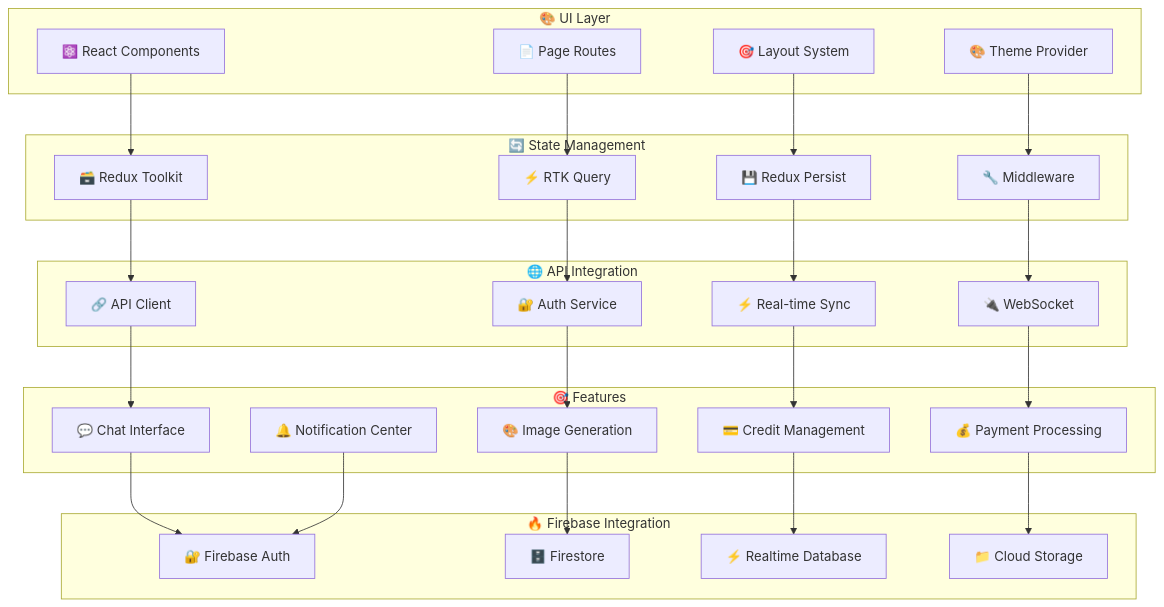
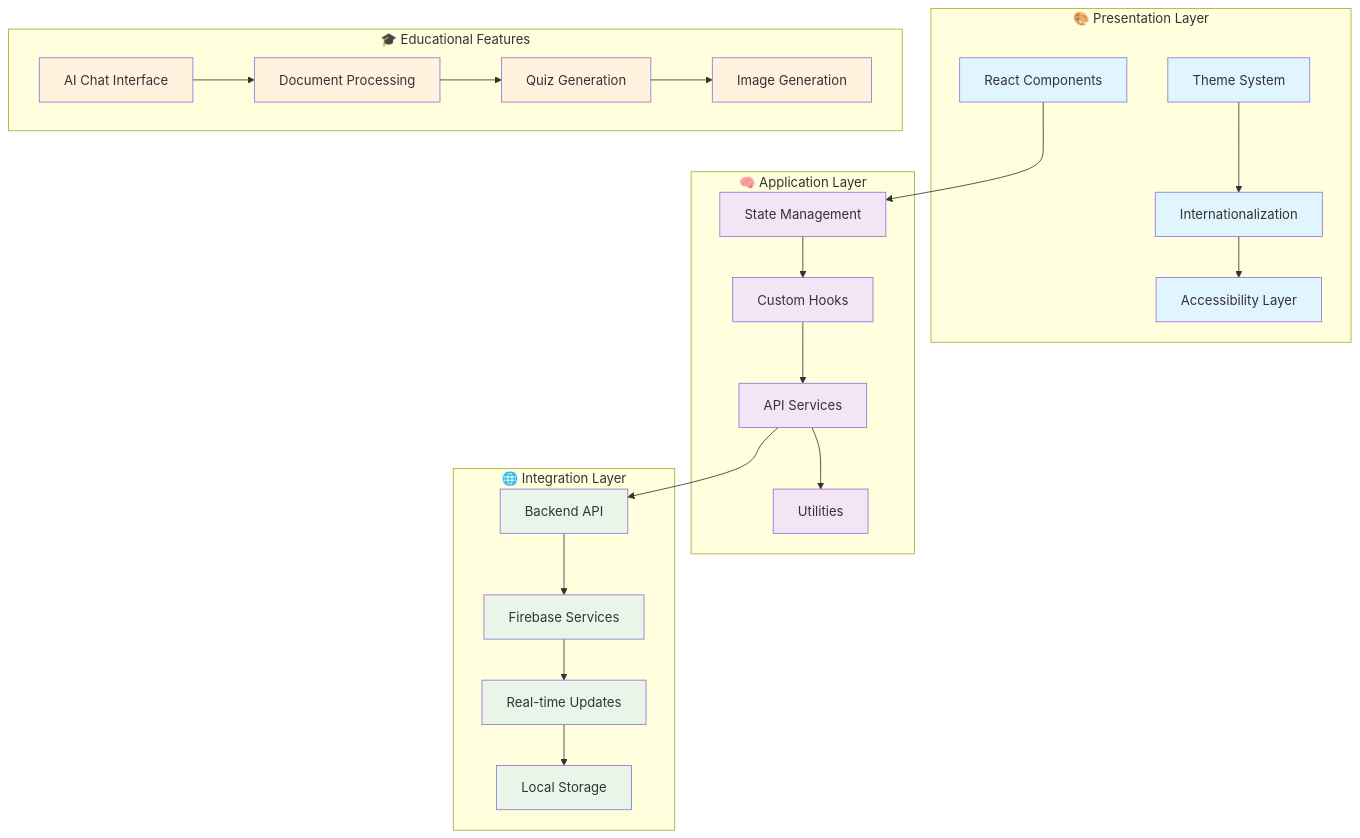
The second of 7 diagrams in README.md (mhassan72/EDA-Front-End), drawn with Mermaid before and after one commit. The commit also changed other lines of this file and 27 other files, not shown here.

````diff
--- a/README.md
+++ b/README.md
@@ -72,59 +92,57 @@
 ```mermaid
 graph TB
-    subgraph "🎨 UI Layer"
-        COMP[⚛️ React Components]
-        PAGES[📄 Page Routes]
-        LAYOUT[🎯 Layout System]
-        THEME[🎨 Theme Provider]
+    subgraph "🎨 Presentation Layer"
+        UI[React Components]
+        THEME[Theme System]
+        I18N[Internationalization]
+        A11Y[Accessibility Layer]
     end
     
-    subgraph "🔄 State Management"
-        REDUX[🗃️ Redux Toolkit]
-        RTK[⚡ RTK Query]
-        PERSIST[💾 Redux Persist]
-        MIDDLEWARE[🔧 Middleware]
+    subgraph "🧠 Application Layer"
+        STATE[State Management]
+        HOOKS[Custom Hooks]
+        SERVICES[API Services]
+        UTILS[Utilities]
     end
     
-    subgraph "🌐 API Integration"
-        API[🔗 API Client]
-        AUTH[🔐 Auth Service]
-        REALTIME[⚡ Real-time Sync]
-        WEBSOCKET[🔌 WebSocket]
+    subgraph "🌐 Integration Layer"
+        API[Backend API]
+        FIREBASE[Firebase Services]
+        REALTIME[Real-time Updates]
+        STORAGE[Local Storage]
     end
     
-    subgraph "🎯 Features"
-        CHAT[💬 Chat Interface]
-        IMAGE[🎨 Image Generation]
-        CREDITS[💳 Credit Management]
-        PAYMENTS[💰 Payment Processing]
-        NOTIFICATIONS[🔔 Notification Center]
+    subgraph "🎓 Educational Features"
+        CHAT[AI Chat Interface]
+        DOCS[Document Processing]
+        QUIZ[Quiz Generation]
+        IMAGES[Image Generation]
     end
     
-    subgraph "🔥 Firebase Integration"
-        FIREBASE_AUTH[🔐 Firebase Auth]
-        FIRESTORE[🗄️ Firestore]
-        RTDB[⚡ Realtime Database]
-        STORAGE[📁 Cloud Storage]
-    end
+    UI --> STATE
+    THEME --> I18N
+    I18N --> A11Y
     
-    COMP --> REDUX
-    PAGES --> RTK
-    LAYOUT --> PERSIST
-    THEME --> MIDDLEWARE
+    STATE --> HOOKS
+    HOOKS --> SERVICES
+    SERVICES --> UTILS
     
-    REDUX --> API
-    RTK --> AUTH
-    PERSIST --> REALTIME
-    MIDDLEWARE --> WEBSOCKET
+    SERVICES --> API
+    API --> FIREBASE
+    FIREBASE --> REALTIME
+    REALTIME --> STORAGE
     
-    API --> CHAT
-    AUTH --> IMAGE
-    REALTIME --> CREDITS
-    WEBSOCKET --> PAYMENTS
+    CHAT --> DOCS
+    DOCS --> QUIZ
+    QUIZ --> IMAGES
     
-    CHAT --> FIREBASE_AUTH
-    IMAGE --> FIRESTORE
-    CREDITS --> RTDB
-    PAYMENTS --> STORAGE
-    NOTIFICATIONS --> FIREBASE_AUTH
+    classDef presentation fill:#e1f5fe
+    classDef application fill:#f3e5f5
+    classDef integration fill:#e8f5e8
+    classDef educational fill:#fff3e0
+    
+    class UI,THEME,I18N,A11Y presentation
+    class STATE,HOOKS,SERVICES,UTILS application
+    class API,FIREBASE,REALTIME,STORAGE integration
+    class CHAT,DOCS,QUIZ,IMAGES educational
 ```
````
